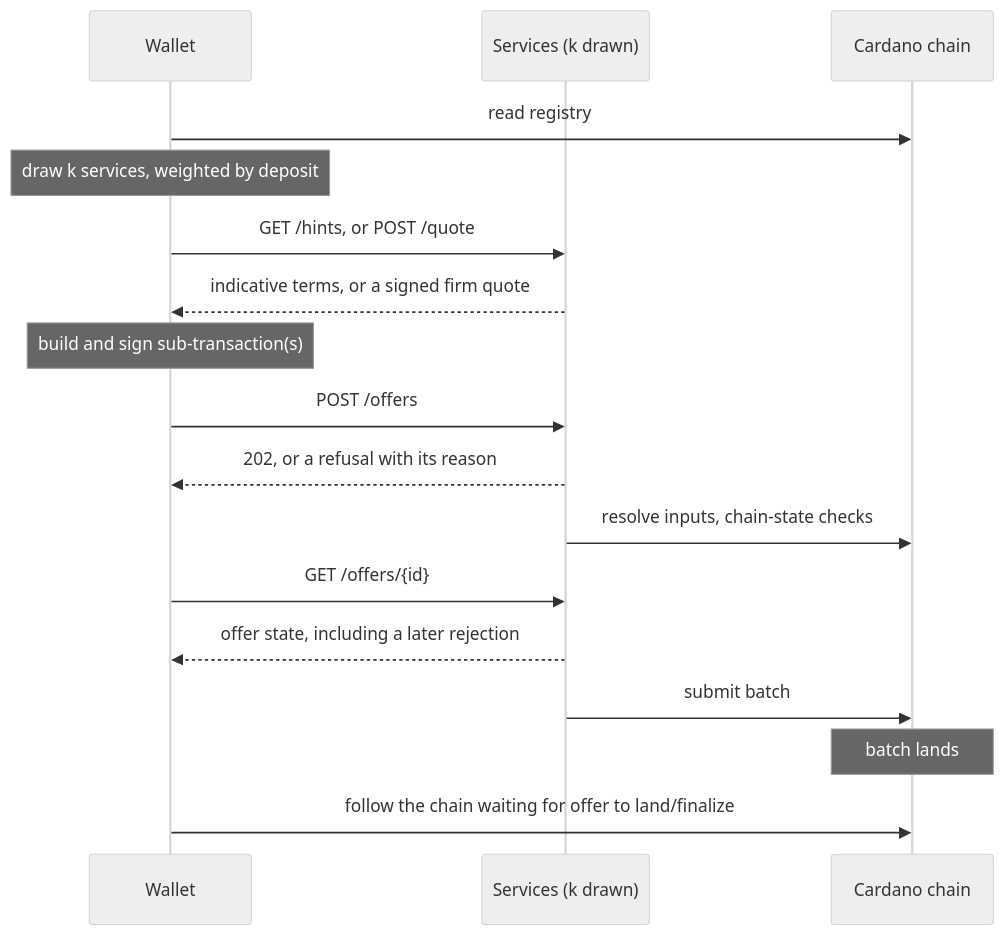
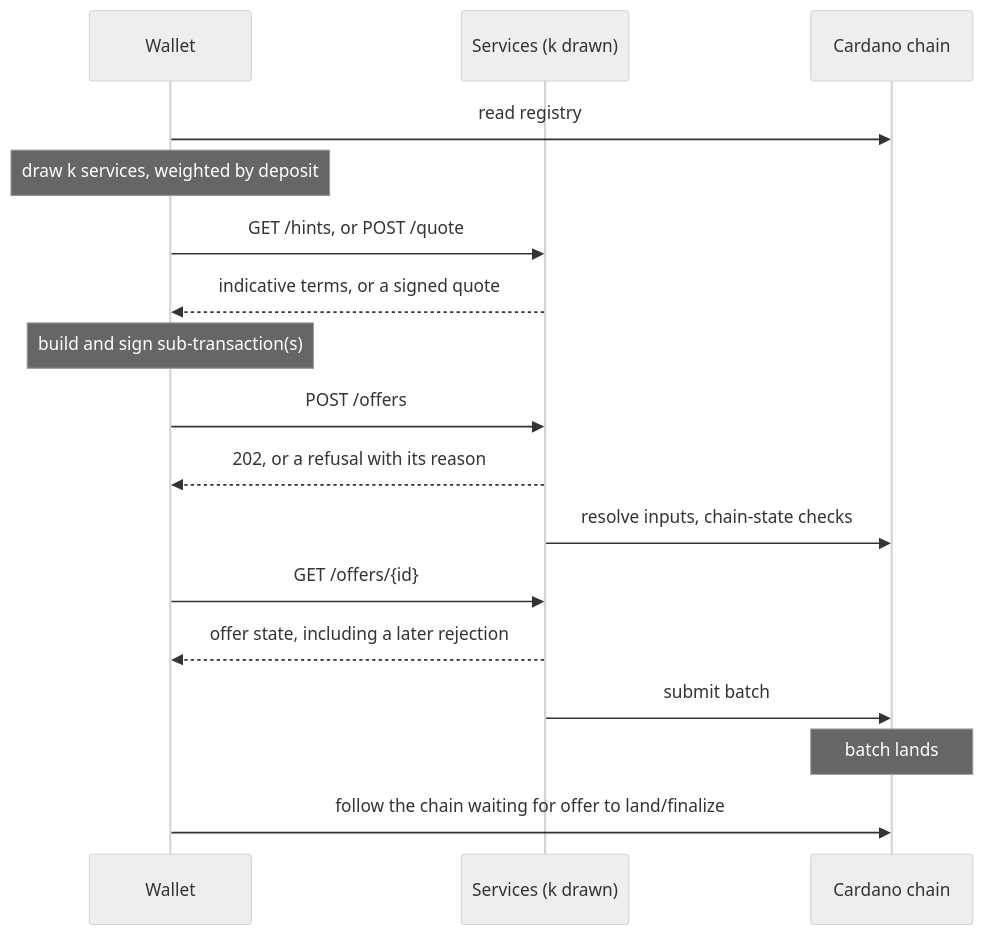
The second of 3 diagrams in CIP-0198/README.md (cardano-foundation/CIPs), drawn with Mermaid (neutral theme) before and after one commit. The commit also changed other lines of this file, not shown here.

````diff
--- a/CIP-0198/README.md
+++ b/CIP-0198/README.md
@@ -122,20 +122,20 @@
 ```mermaid
 sequenceDiagram
   participant W as Wallet
   participant S as Services (k drawn)
   participant C as Cardano chain
 
   W->>C: read registry
   Note over W: draw k services, weighted by deposit
   W->>S: GET /hints, or POST /quote
-  S-->>W: indicative terms, or a signed firm quote
+  S-->>W: indicative terms, or a signed quote
   Note over W: build and sign sub-transaction(s)
   W->>S: POST /offers
   S-->>W: 202, or a refusal with its reason
   S->>C: resolve inputs, chain-state checks
   W->>S: GET /offers/{id}
   S-->>W: offer state, including a later rejection
   S->>C: submit batch
   Note over C: batch lands
   W->>C: follow the chain waiting for offer to land/finalize
 ```
````
